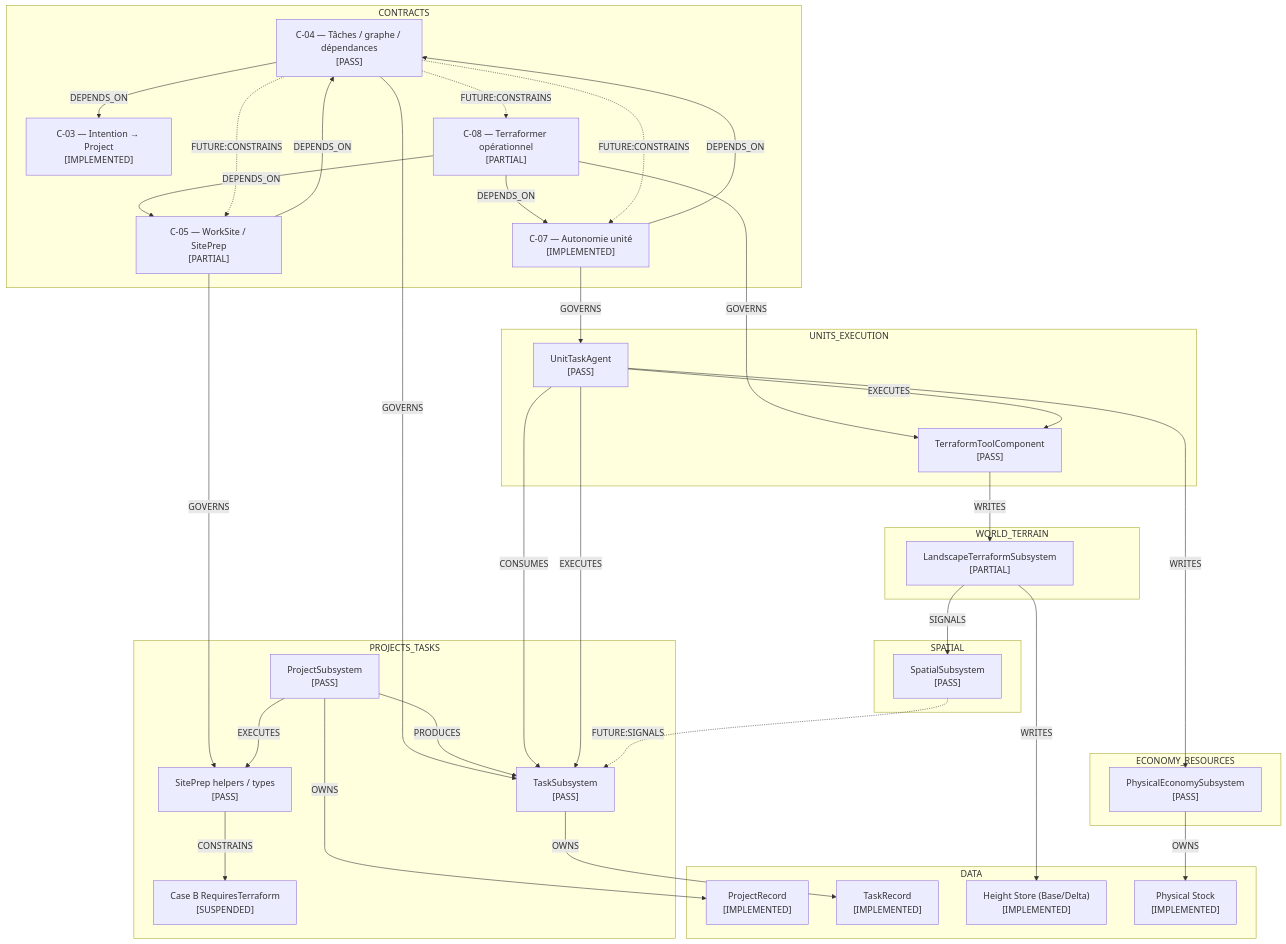
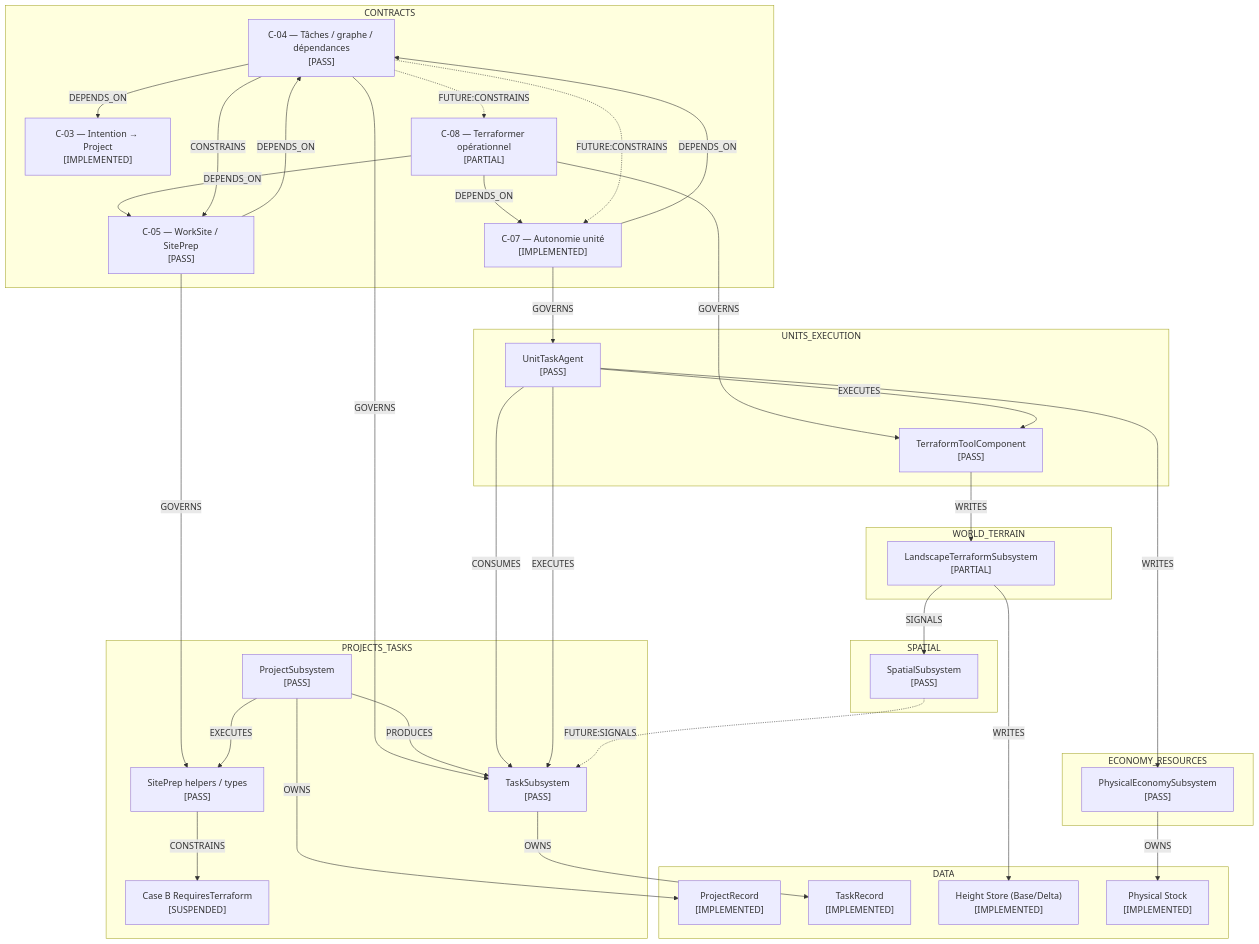
Before and after one commit to JosephV01/GardenFervor: the diagram in PROJECT_GRAPH/graph/GardenFervor_ExecutionGraph.mmd, drawn with Mermaid. The commit also changed 24 other files, not shown here.

Commit message:
docs(contracts): validate C-05 worksite site prep

```diff
--- a/PROJECT_GRAPH/graph/GardenFervor_ExecutionGraph.mmd
+++ b/PROJECT_GRAPH/graph/GardenFervor_ExecutionGraph.mmd
@@ -1,60 +1,60 @@
 %% EXECUTION — generated by buildProjectGraph.mjs
 flowchart TB
   subgraph G0_CONTRACTS["CONTRACTS"]
     c_03["C-03 — Intention → Project\n[IMPLEMENTED]"]
     c_04["C-04 — Tâches / graphe / dépendances\n[PASS]"]
-    c_05["C-05 — WorkSite / SitePrep\n[PARTIAL]"]
+    c_05["C-05 — WorkSite / SitePrep\n[PASS]"]
     c_07["C-07 — Autonomie unité\n[IMPLEMENTED]"]
     c_08["C-08 — Terraformer opérationnel\n[PARTIAL]"]
   end
   subgraph G1_WORLD_TERRAIN["WORLD_TERRAIN"]
     sys_landscape_terraform["LandscapeTerraformSubsystem\n[PARTIAL]"]
   end
   subgraph G2_SPATIAL["SPATIAL"]
     sys_spatial["SpatialSubsystem\n[PASS]"]
   end
   subgraph G3_PROJECTS_TASKS["PROJECTS_TASKS"]
     sys_project["ProjectSubsystem\n[PASS]"]
     sys_siteprep["SitePrep helpers / types\n[PASS]"]
     sys_task["TaskSubsystem\n[PASS]"]
     sys_case_b["Case B RequiresTerraform\n[SUSPENDED]"]
   end
   subgraph G4_UNITS_EXECUTION["UNITS_EXECUTION"]
     sys_unit_agent["UnitTaskAgent\n[PASS]"]
     sys_terraform_tool["TerraformToolComponent\n[PASS]"]
   end
   subgraph G5_ECONOMY_RESOURCES["ECONOMY_RESOURCES"]
     sys_physical_economy["PhysicalEconomySubsystem\n[PASS]"]
   end
   subgraph G6_DATA["DATA"]
     data_project_record["ProjectRecord\n[IMPLEMENTED]"]
     data_task_record["TaskRecord\n[IMPLEMENTED]"]
     data_height_store["Height Store (Base/Delta)\n[IMPLEMENTED]"]
     data_stock["Physical Stock\n[IMPLEMENTED]"]
   end
   c_05 -->|GOVERNS| sys_siteprep
   c_04 -->|GOVERNS| sys_task
   c_07 -->|GOVERNS| sys_unit_agent
   c_08 -->|GOVERNS| sys_terraform_tool
   c_04 -->|DEPENDS_ON| c_03
   c_05 -->|DEPENDS_ON| c_04
   c_07 -->|DEPENDS_ON| c_04
   c_08 -->|DEPENDS_ON| c_05
   c_08 -->|DEPENDS_ON| c_07
   sys_landscape_terraform -->|WRITES| data_height_store
   sys_landscape_terraform -->|SIGNALS| sys_spatial
   sys_project -->|OWNS| data_project_record
   sys_project -->|PRODUCES| sys_task
   sys_project -->|EXECUTES| sys_siteprep
   sys_siteprep -->|CONSTRAINS| sys_case_b
   sys_task -->|OWNS| data_task_record
   sys_unit_agent -->|CONSUMES| sys_task
   sys_unit_agent -->|EXECUTES| sys_task
   sys_unit_agent -->|WRITES| sys_physical_economy
   sys_unit_agent -->|EXECUTES| sys_terraform_tool
   sys_terraform_tool -->|WRITES| sys_landscape_terraform
   sys_physical_economy -->|OWNS| data_stock
   sys_spatial -.->|FUTURE:SIGNALS| sys_task
-  c_04 -.->|FUTURE:CONSTRAINS| c_05
+  c_04 -->|CONSTRAINS| c_05
   c_04 -.->|FUTURE:CONSTRAINS| c_07
   c_04 -.->|FUTURE:CONSTRAINS| c_08
```
